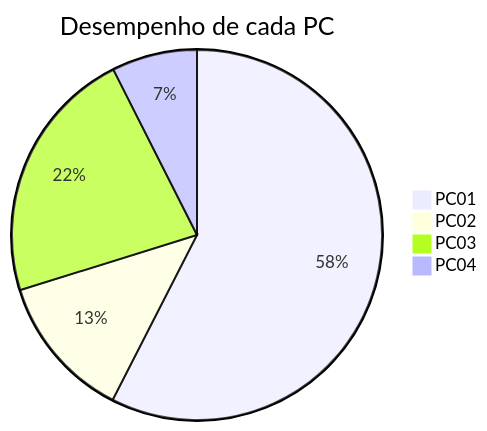
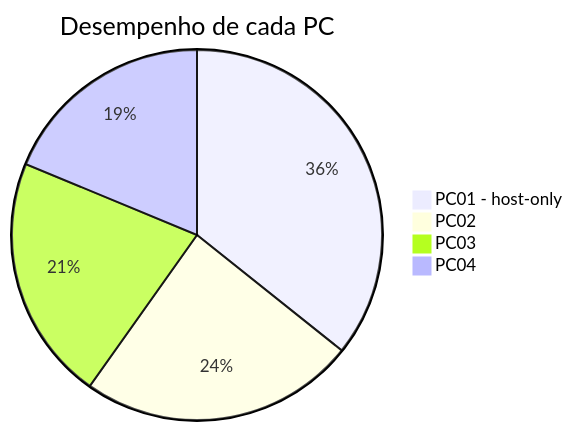
Before and after one commit to emanuelvsz/virtual-machines-server: the second of 2 diagrams in README.md, drawn with Mermaid. The commit also changed other lines of this file, not shown here.

````diff
--- a/README.md
+++ b/README.md
@@ -370,8 +372,8 @@
    ```mermaid
     pie
         title Desempenho de cada PC
-        "PC01" : 386
-        "PC02" : 85
-        "PC03" : 150
-        "PC04" : 50
+        "PC01 - host-only" : 200
+        "PC02" : 135
+        "PC03" : 120
+        "PC04" : 105
    ``` 
````
